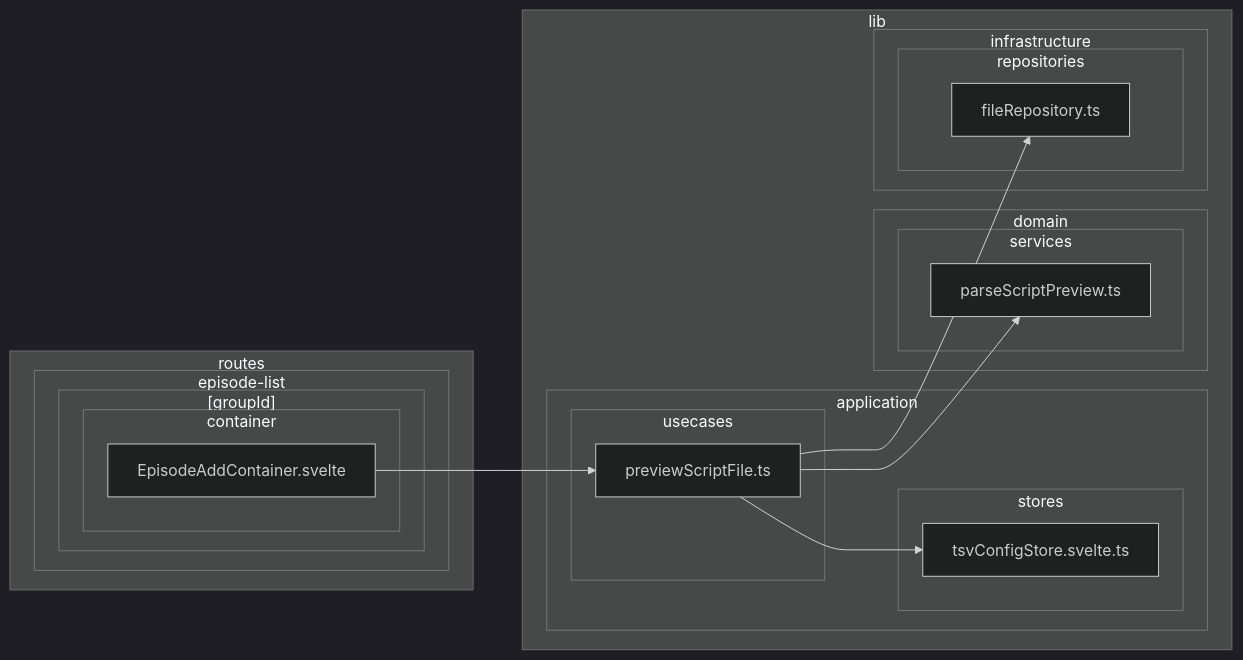
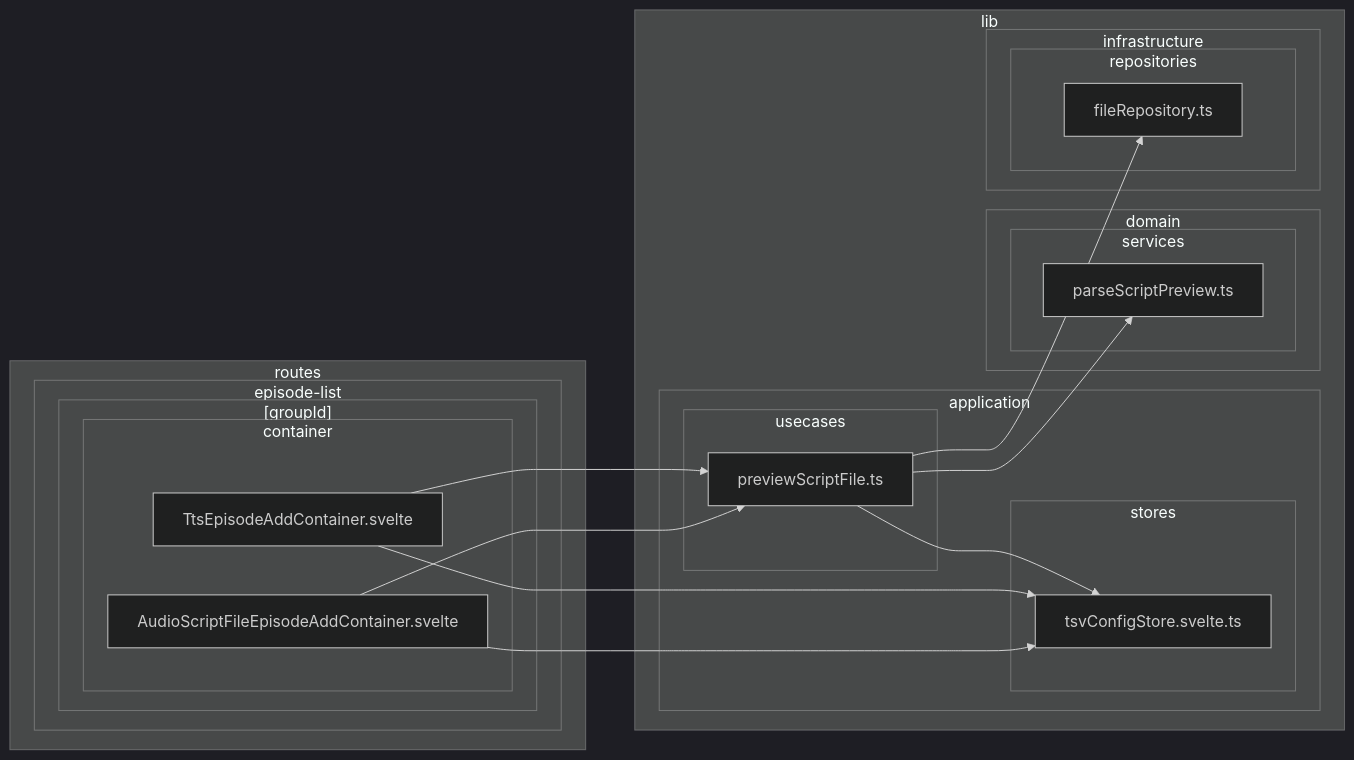
One commit to k5n/kotonoha changed diagram 29 of 38 in doc/dependency-graph.md. Above: the diagram before and after it, drawn with Mermaid (dark theme). The commit also changed other lines of this file and 5 other files, not shown here.

Commit message:
refactor: replace modal components with container components for YouTube episode addition

````diff
--- a/doc/dependency-graph.md
+++ b/doc/dependency-graph.md
@@ -1219,36 +1221,40 @@
 ```mermaid
 graph LR
         subgraph sg_lib ["lib"]
             subgraph sg_lib_application ["application"]
                 subgraph sg_lib_application_stores ["stores"]
                     src_lib_application_stores_tsvConfigStore_svelte_ts["tsvConfigStore.svelte.ts"]
                 end
                 subgraph sg_lib_application_usecases ["usecases"]
                     src_lib_application_usecases_previewScriptFile_ts["previewScriptFile.ts"]
                 end
             end
             subgraph sg_lib_domain ["domain"]
                 subgraph sg_lib_domain_services ["services"]
                     src_lib_domain_services_parseScriptPreview_ts["parseScriptPreview.ts"]
                 end
             end
             subgraph sg_lib_infrastructure ["infrastructure"]
                 subgraph sg_lib_infrastructure_repositories ["repositories"]
                     src_lib_infrastructure_repositories_fileRepository_ts["fileRepository.ts"]
                 end
             end
         end
         subgraph sg_routes ["routes"]
             subgraph sg_routes_episode_list ["episode-list"]
                 subgraph sg_routes_episode_list__groupId_ ["[groupId]"]
                     subgraph sg_routes_episode_list__groupId__container ["container"]
-                        src_routes_episode_list__groupId__container_EpisodeAddContainer_svelte["EpisodeAddContainer.svelte"]
+                        src_routes_episode_list__groupId__container_AudioScriptFileEpisodeAddContainer_svelte["AudioScriptFileEpisodeAddContainer.svelte"]
+                        src_routes_episode_list__groupId__container_TtsEpisodeAddContainer_svelte["TtsEpisodeAddContainer.svelte"]
                     end
                 end
             end
         end
     src_lib_application_usecases_previewScriptFile_ts --> src_lib_application_stores_tsvConfigStore_svelte_ts
     src_lib_application_usecases_previewScriptFile_ts --> src_lib_domain_services_parseScriptPreview_ts
     src_lib_application_usecases_previewScriptFile_ts --> src_lib_infrastructure_repositories_fileRepository_ts
-    src_routes_episode_list__groupId__container_EpisodeAddContainer_svelte --> src_lib_application_usecases_previewScriptFile_ts
+    src_routes_episode_list__groupId__container_TtsEpisodeAddContainer_svelte --> src_lib_application_stores_tsvConfigStore_svelte_ts
+    src_routes_episode_list__groupId__container_TtsEpisodeAddContainer_svelte --> src_lib_application_usecases_previewScriptFile_ts
+    src_routes_episode_list__groupId__container_AudioScriptFileEpisodeAddContainer_svelte --> src_lib_application_stores_tsvConfigStore_svelte_ts
+    src_routes_episode_list__groupId__container_AudioScriptFileEpisodeAddContainer_svelte --> src_lib_application_usecases_previewScriptFile_ts
 ```
````
